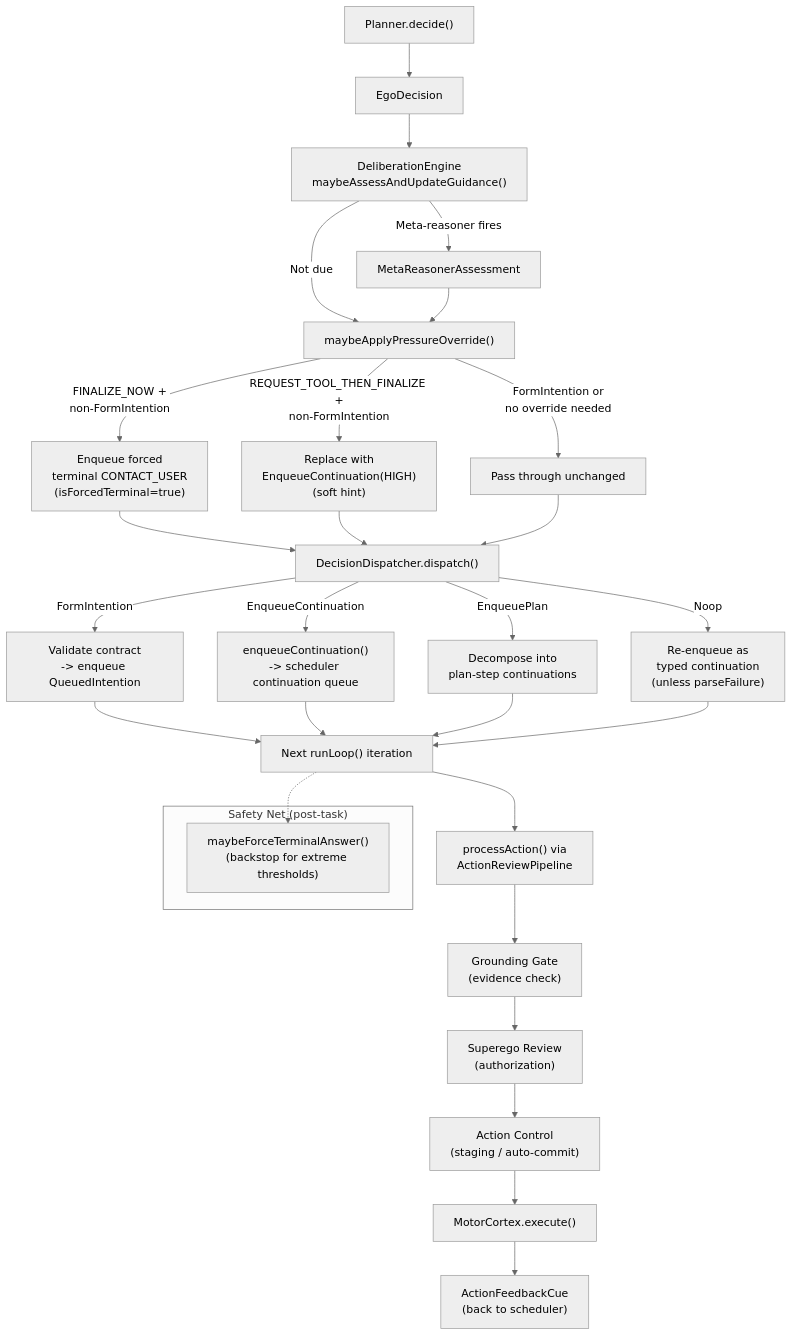
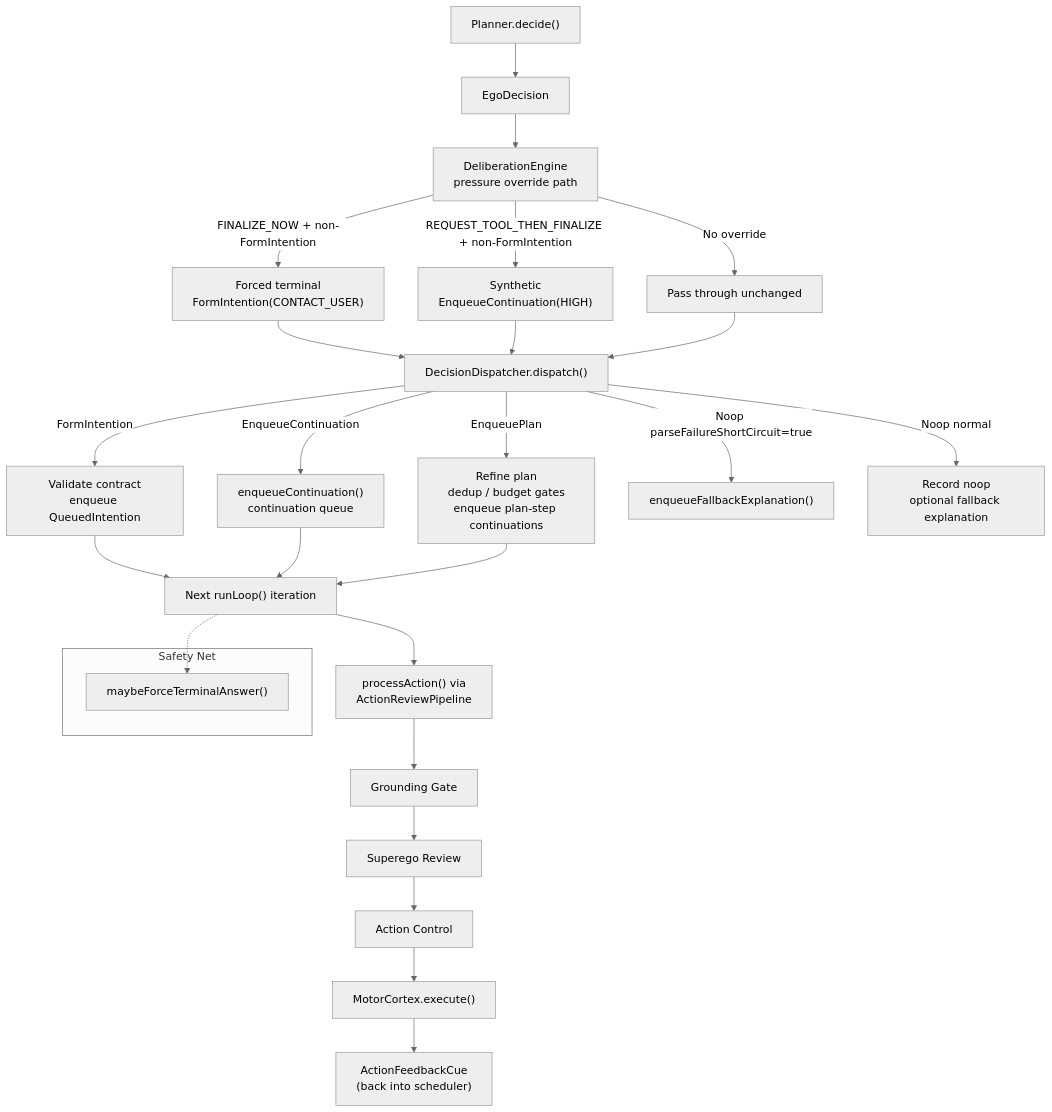
One commit to neopsyke/NeoPsyke changed the fourth of 5 diagrams in docs/PLANNER_FLOW_DIAGRAM.md. Above: the diagram before and after it, drawn with Mermaid (neutral theme). The commit also changed other lines of this file and 231 other files, not shown here.

````diff
--- a/docs/PLANNER_FLOW_DIAGRAM.md
+++ b/docs/PLANNER_FLOW_DIAGRAM.md
@@ -190,45 +205,40 @@
 ```mermaid
 flowchart TB
     planner["Planner.decide()"] --> decision["EgoDecision"]
 
-    decision --> meta["DeliberationEngine<br/>maybeAssessAndUpdateGuidance()"]
-    meta -->|"Meta-reasoner fires"| assessment["MetaReasonerAssessment"]
-    meta -->|"Not due"| override
-
-    assessment --> override["maybeApplyPressureOverride()"]
-
-    override -->|"FINALIZE_NOW +<br/>non-FormIntention"| forced["Enqueue forced<br/>terminal CONTACT_USER<br/>(isForcedTerminal=true)"]
-    override -->|"REQUEST_TOOL_THEN_FINALIZE +<br/>non-FormIntention"| soft["Replace with<br/>EnqueueContinuation(HIGH)<br/>(soft hint)"]
-    override -->|"FormIntention or<br/>no override needed"| passthrough["Pass through unchanged"]
+    decision --> meta["DeliberationEngine<br/>pressure override path"]
+    meta -->|"FINALIZE_NOW + non-FormIntention"| forced["Forced terminal<br/>FormIntention(CONTACT_USER)"]
+    meta -->|"REQUEST_TOOL_THEN_FINALIZE + non-FormIntention"| soft["Synthetic<br/>EnqueueContinuation(HIGH)"]
+    meta -->|"No override"| passthrough["Pass through unchanged"]
 
     forced --> dispatch
     soft --> dispatch
     passthrough --> dispatch
 
     dispatch["DecisionDispatcher.dispatch()"]
 
-    dispatch -->|EnqueueContinuation| enq_thought["enqueueContinuation()<br/>-> scheduler continuation queue"]
-    dispatch -->|FormIntention| form["Validate contract<br/>-> enqueue QueuedIntention"]
-    dispatch -->|EnqueuePlan| plan_steps["Decompose into<br/>plan-step continuations"]
-    dispatch -->|Noop| noop_enq["Re-enqueue as<br/>typed continuation<br/>(unless parseFailure)"]
+    dispatch -->|EnqueueContinuation| enq_thought["enqueueContinuation()<br/>continuation queue"]
+    dispatch -->|FormIntention| form["Validate contract<br/>enqueue QueuedIntention"]
+    dispatch -->|EnqueuePlan| plan_steps["Refine plan<br/>dedup / budget gates<br/>enqueue plan-step continuations"]
+    dispatch -->|Noop parseFailureShortCircuit=true| short_circuit["enqueueFallbackExplanation()"]
+    dispatch -->|Noop normal| noop_record["Record noop<br/>optional fallback explanation"]
 
     form --> next_loop["Next runLoop() iteration"]
     enq_thought --> next_loop
     plan_steps --> next_loop
-    noop_enq --> next_loop
 
     next_loop --> action_review["processAction() via<br/>ActionReviewPipeline"]
 
-    action_review --> grounding_gate["Grounding Gate<br/>(evidence check)"]
-    grounding_gate --> superego["Superego Review<br/>(authorization)"]
-    superego --> action_control["Action Control<br/>(staging / auto-commit)"]
+    action_review --> grounding_gate["Grounding Gate"]
+    grounding_gate --> superego["Superego Review"]
+    superego --> action_control["Action Control"]
     action_control --> execute["MotorCortex.execute()"]
 
-    execute --> feedback_cue["ActionFeedbackCue<br/>(back to scheduler)"]
+    execute --> feedback_cue["ActionFeedbackCue<br/>(back into scheduler)"]
 
-    subgraph safety_net ["Safety Net (post-task)"]
-        force_terminal["maybeForceTerminalAnswer()<br/>(backstop for extreme thresholds)"]
+    subgraph safety_net ["Safety Net"]
+        force_terminal["maybeForceTerminalAnswer()"]
     end
 
     next_loop -.-> force_terminal
 ```
````
